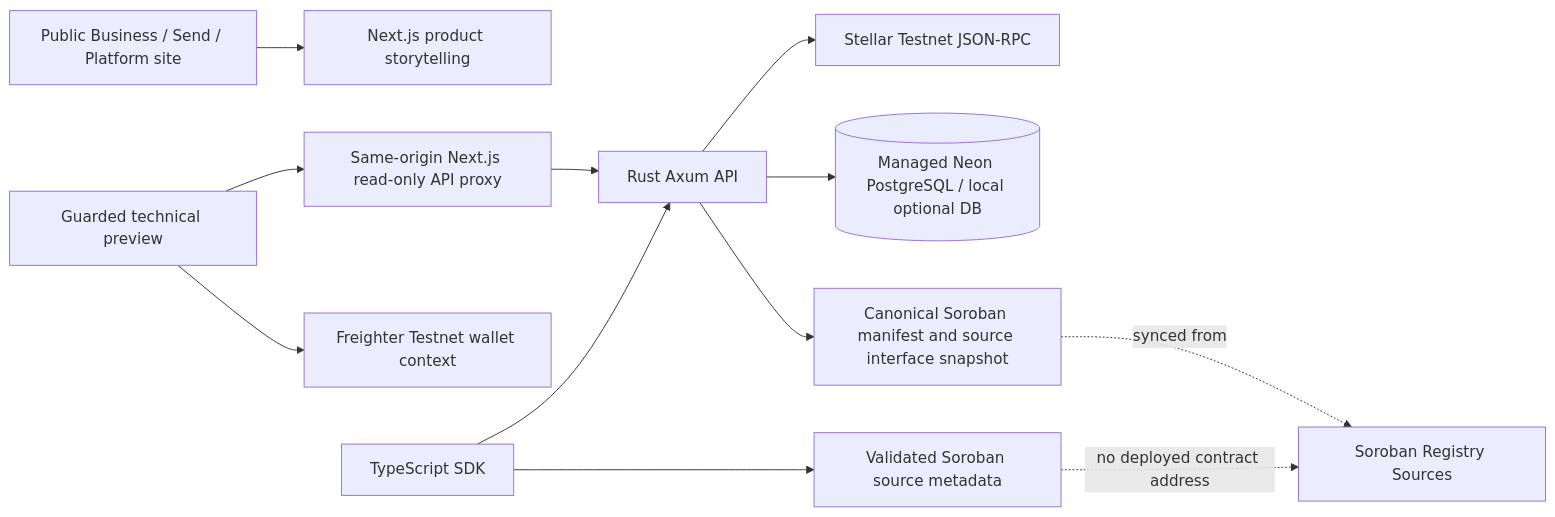
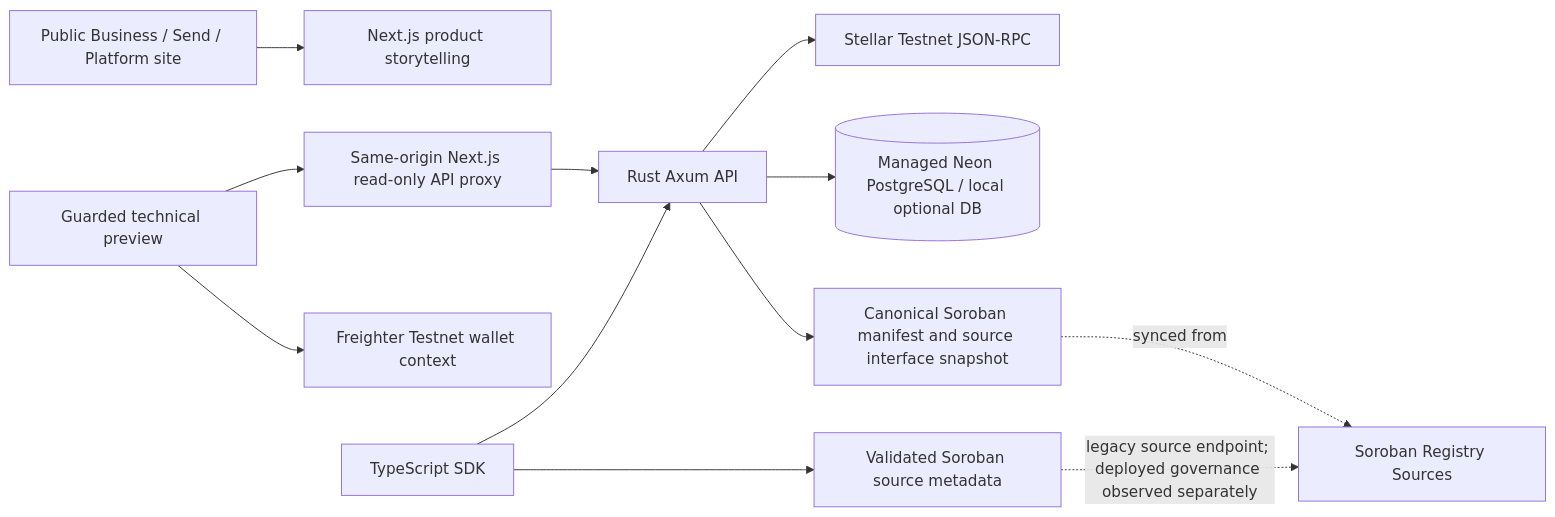
The diagram in docs/INTEGRATION-TOPOLOGY.md (stealthbridge-labs/.github), drawn with Mermaid before and after one commit. The commit also changed other lines of this file, not shown here.

Commit message:
docs: reconcile legacy manifest references with deployed governance and current API readers

````diff
--- a/docs/INTEGRATION-TOPOLOGY.md
+++ b/docs/INTEGRATION-TOPOLOGY.md
@@ -49,14 +49,14 @@
 ```mermaid
 flowchart LR
     Customer[Public Business / Send / Platform site] --> Product[Next.js product storytelling]
     Engineering[Guarded technical preview] --> Proxy[Same-origin Next.js read-only API proxy]
     Engineering --> Wallet[Freighter Testnet wallet context]
     Proxy --> Rust[Rust Axum API]
     Rust --> Stellar[Stellar Testnet JSON-RPC]
     Rust --> DB[(Managed Neon PostgreSQL / local optional DB)]
     Rust --> Manifest[Canonical Soroban manifest and source interface snapshot]
     Manifest -. synced from .-> Contracts[Soroban Registry Sources]
     SDK[TypeScript SDK] --> Rust
     SDK --> ABI[Validated Soroban source metadata]
-    ABI -. no deployed contract address .-> Contracts
+    ABI -. legacy source endpoint; deployed governance observed separately .-> Contracts
 ```
````
